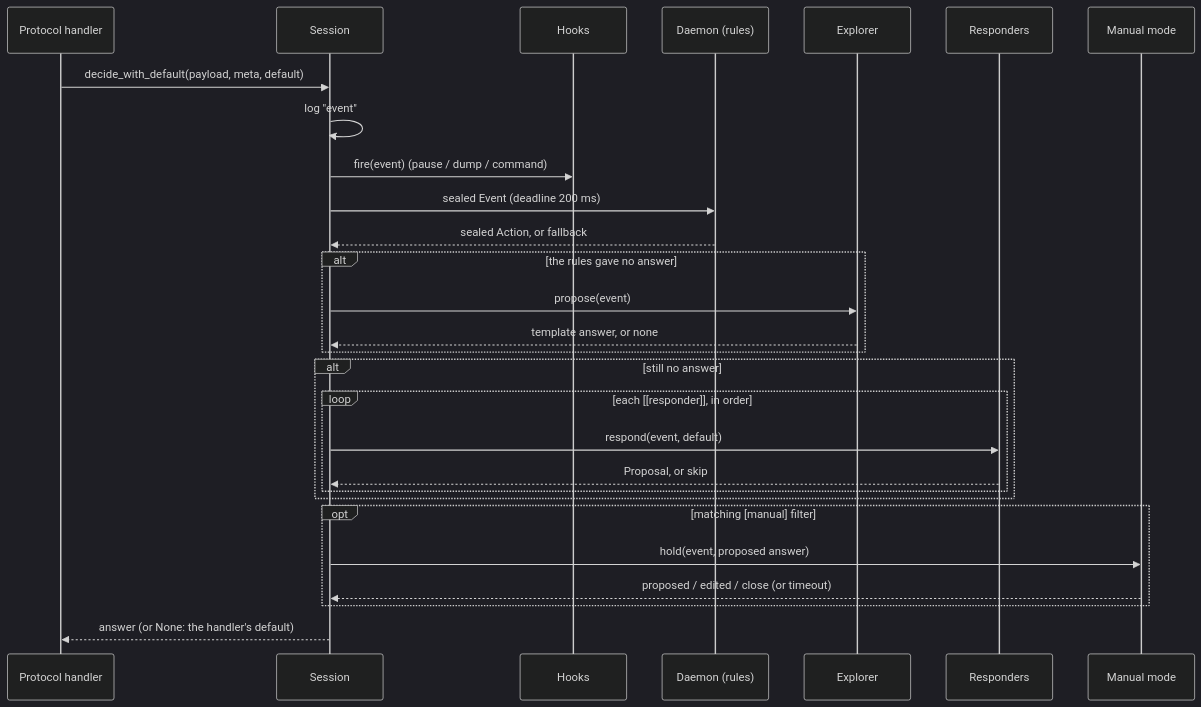
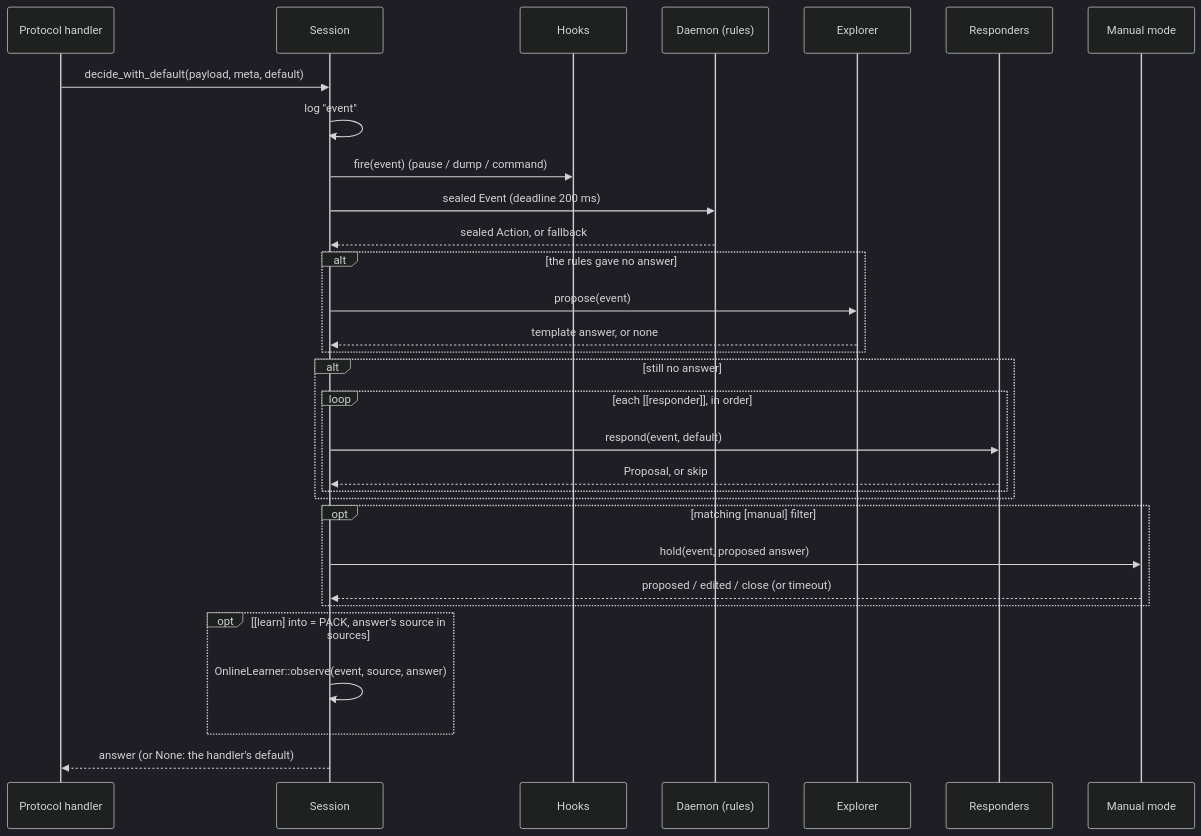
The second of 3 diagrams in design/architecture.md (maxamin/fakenet-hybrid), drawn with Mermaid (dark theme) before and after one commit. The commit also changed other lines of this file and 34 other files, not shown here.

First line of the commit message:
Learn online, generate answers, keep an explorer corpus, decrypt TLS while learning

````diff
--- a/design/architecture.md
+++ b/design/architecture.md
@@ -28,30 +28,33 @@
 ```mermaid
 sequenceDiagram
     participant H as Protocol handler
     participant S as Session
     participant K as Hooks
     participant D as Daemon (rules)
     participant E as Explorer
     participant R as Responders
     participant M as Manual mode
     H->>S: decide_with_default(payload, meta, default)
     S->>S: log "event"
     S->>K: fire(event) (pause / dump / command)
     S->>D: sealed Event (deadline 200 ms)
     D-->>S: sealed Action, or fallback
     alt the rules gave no answer
         S->>E: propose(event)
         E-->>S: template answer, or none
     end
     alt still no answer
         loop each [[responder]], in order
             S->>R: respond(event, default)
             R-->>S: Proposal, or skip
         end
     end
     opt matching [manual] filter
         S->>M: hold(event, proposed answer)
         M-->>S: proposed / edited / close (or timeout)
     end
+    opt [learn] into = PACK, answer's source in sources
+        S->>S: OnlineLearner::observe(event, source, answer)
+    end
     S-->>H: answer (or None: the handler's default)
 ```
````
